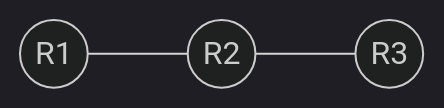
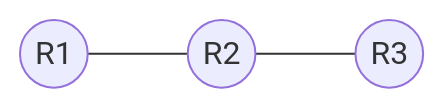
One commit to JulioPDX/JulioPDX.github.io changed the first of 2 diagrams in juliopdx/content/posts/netsim-tools-and-containerlab.md. Above: the diagram before and after it, drawn with Mermaid. The commit also changed other lines of this file and 83 other files, not shown here.

Commit message:
minor corrections and adding edits to mermaid

```diff
--- a/juliopdx/content/posts/netsim-tools-and-containerlab.md
+++ b/juliopdx/content/posts/netsim-tools-and-containerlab.md
@@ -114,6 +115,5 @@
 {{< mermaid >}}
-%%{init: {'securityLevel': 'loose', 'theme':'dark'}}%%
 graph LR
   R1((R1)) --- R2((R2))
   R2 --- R3((R3))
 {{< /mermaid >}}
```
